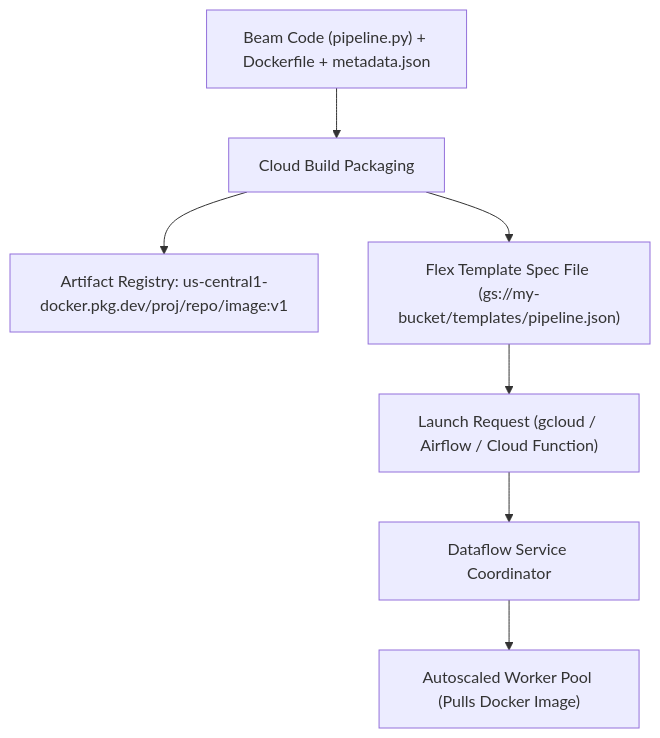
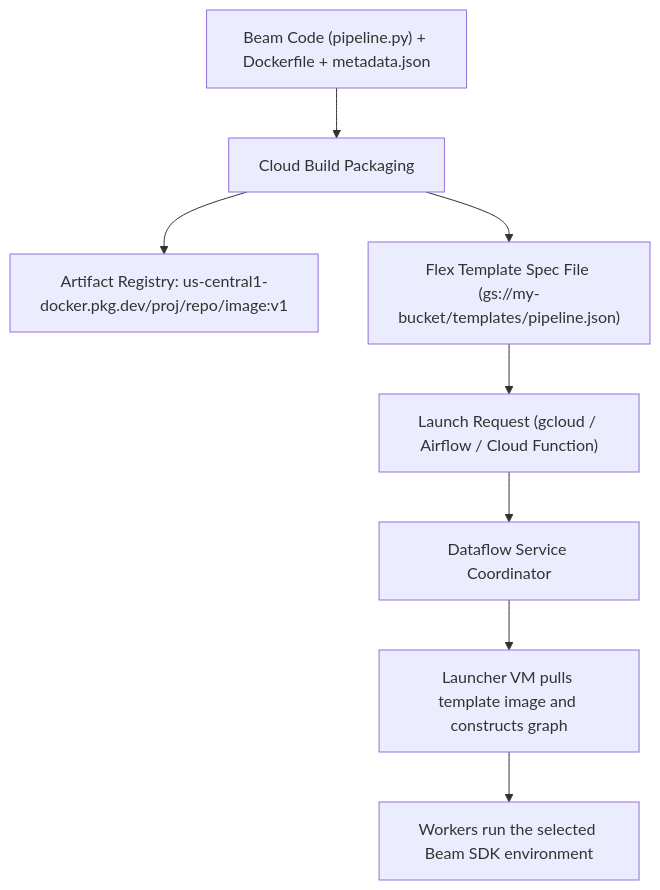
The diagram in docs/lessons/0019-dataflow-flex-templates-cloud-build.md (Rohit1024/data-engineer), drawn with Mermaid before and after one commit. The commit also changed other lines of this file and 60 other files, not shown here.

````diff
--- a/docs/lessons/0019-dataflow-flex-templates-cloud-build.md
+++ b/docs/lessons/0019-dataflow-flex-templates-cloud-build.md
@@ -13,9 +13,10 @@
 ``` mermaid
 flowchart TD
     Code["Beam Code (pipeline.py) + Dockerfile + metadata.json"] --> CloudBuild["Cloud Build Packaging"]
     CloudBuild --> Image["Artifact Registry: us-central1-docker.pkg.dev/proj/repo/image:v1"]
     CloudBuild --> Spec["Flex Template Spec File (gs://my-bucket/templates/pipeline.json)"]
     Spec --> Trigger["Launch Request (gcloud / Airflow / Cloud Function)"]
     Trigger --> DataflowService["Dataflow Service Coordinator"]
-    DataflowService --> WorkerVMs["Autoscaled Worker Pool (Pulls Docker Image)"]
+    DataflowService --> Launcher["Launcher VM pulls template image and constructs graph"]
+    Launcher --> WorkerVMs["Workers run the selected Beam SDK environment"]
 ```
````
